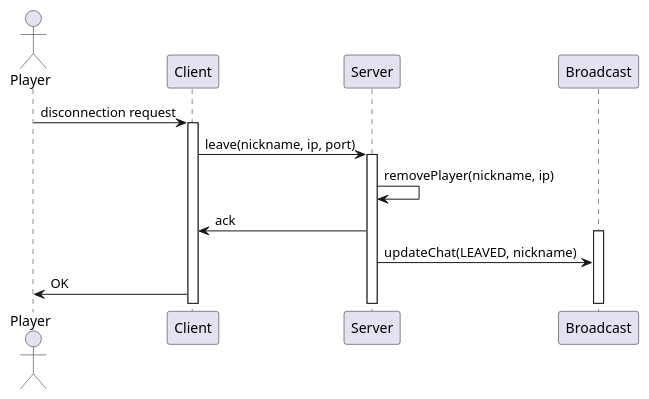
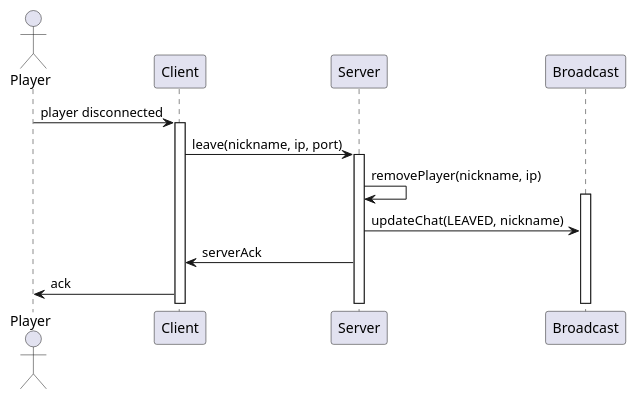
The diagram in analysis/scenarios/playerDisconnected/playerDisconnected.puml (MatanDavidi/scribble-public), drawn with PlantUML before and after one commit. The commit also changed 1 other file, not shown here.

```diff
--- a/analysis/scenarios/playerDisconnected/playerDisconnected.puml
+++ b/analysis/scenarios/playerDisconnected/playerDisconnected.puml
@@ -9,14 +9,14 @@
 @startuml playerDisconnected
 
 actor Player
-Player->Client:disconnection request
+Player->Client:player disconnected
 activate Client
 Client->Server:leave(nickname, ip, port)
 activate Server
 Server->Server:removePlayer(nickname, ip)
-Server->Client:ack
 activate Broadcast
 Server->Broadcast:updateChat(LEAVED, nickname)
-Client->Player:OK
+Server->Client:serverAck
+Client->Player:ack
 
 @enduml
```
